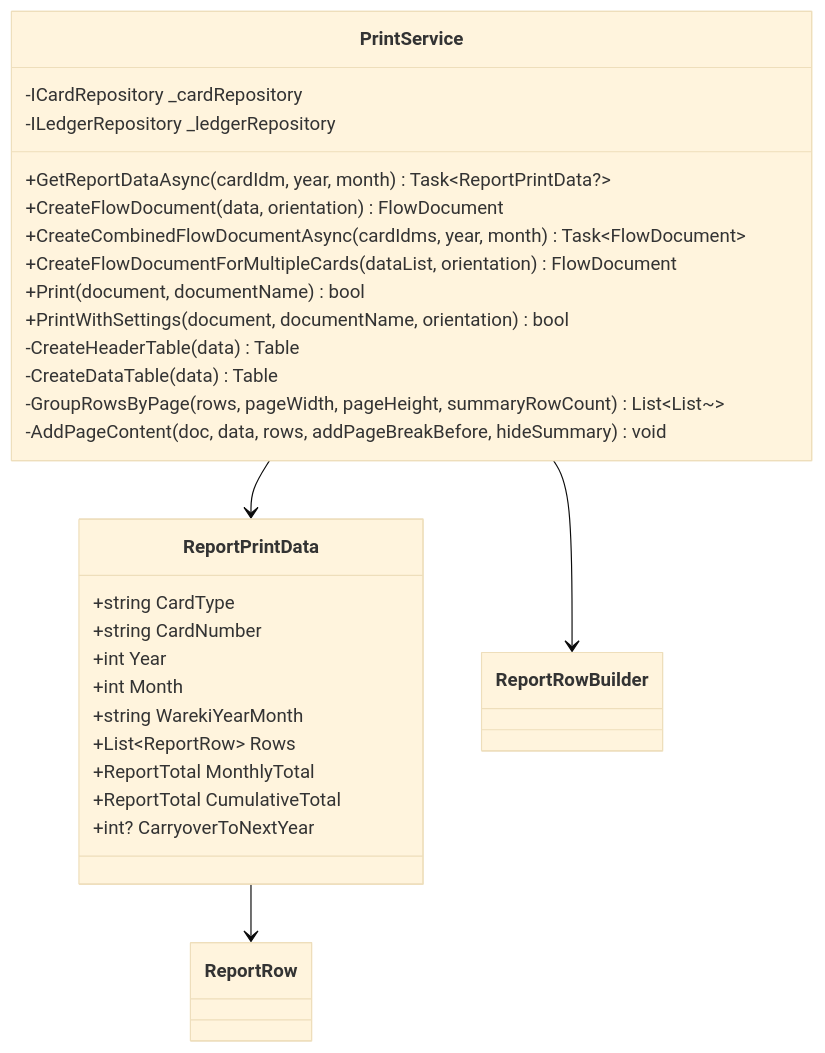
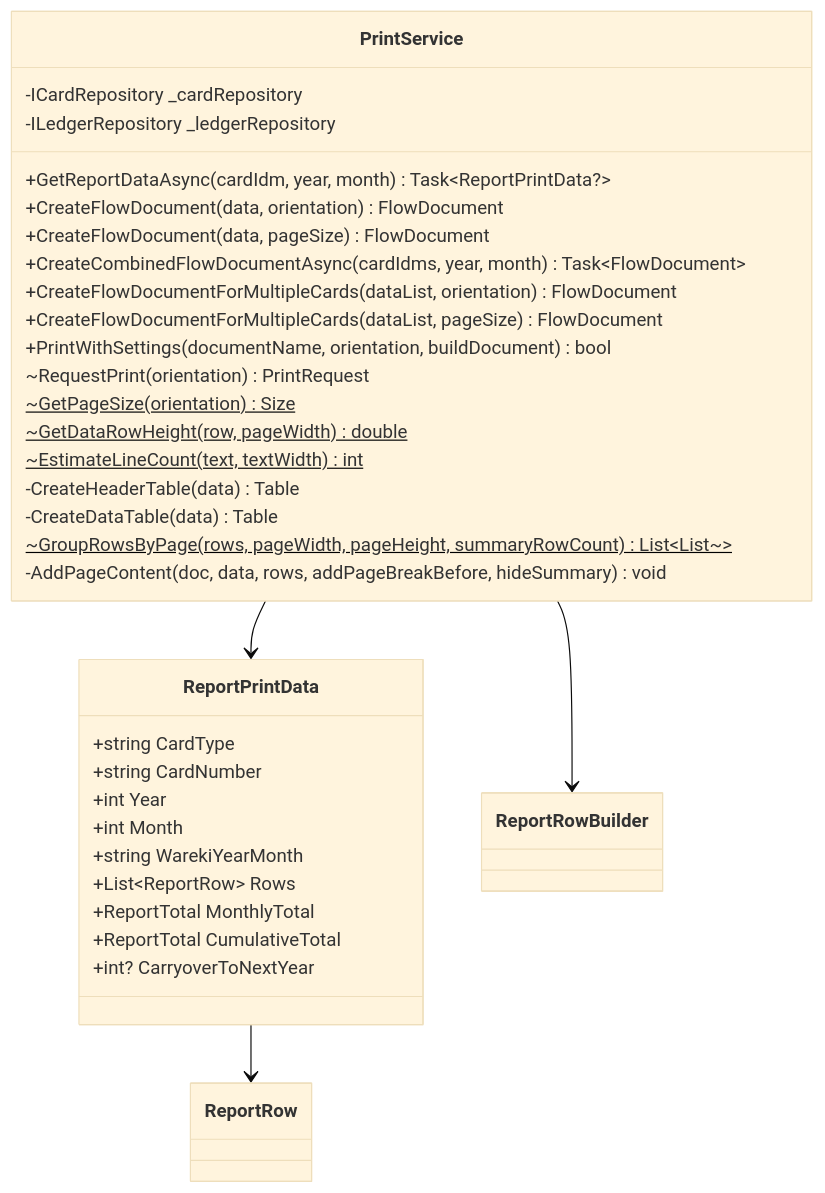
Diagram 14 of 52 in ICCardManager/docs/design/05_クラス設計書.md (kuwayamamasayuki/ICCardManager), drawn with Mermaid (base theme) before and after one commit. The commit also changed other lines of this file and 7 other files, not shown here.

````diff
--- a/ICCardManager/docs/design/05_クラス設計書.md
+++ b/ICCardManager/docs/design/05_クラス設計書.md
@@ -1294,33 +1294,38 @@
 ```mermaid
 classDiagram
     class PrintService {
         -ICardRepository _cardRepository
         -ILedgerRepository _ledgerRepository
         +GetReportDataAsync(cardIdm, year, month) Task~ReportPrintData?~
         +CreateFlowDocument(data, orientation) FlowDocument
+        +CreateFlowDocument(data, pageSize) FlowDocument
         +CreateCombinedFlowDocumentAsync(cardIdms, year, month) Task~FlowDocument~
         +CreateFlowDocumentForMultipleCards(dataList, orientation) FlowDocument
-        +Print(document, documentName) bool
-        +PrintWithSettings(document, documentName, orientation) bool
+        +CreateFlowDocumentForMultipleCards(dataList, pageSize) FlowDocument
+        +PrintWithSettings(documentName, orientation, buildDocument) bool
+        ~RequestPrint(orientation) PrintRequest
+        ~GetPageSize(orientation)$ Size
+        ~GetDataRowHeight(row, pageWidth)$ double
+        ~EstimateLineCount(text, textWidth)$ int
         -CreateHeaderTable(data) Table
         -CreateDataTable(data) Table
-        -GroupRowsByPage(rows, pageWidth, pageHeight, summaryRowCount) List~List~~
+        ~GroupRowsByPage(rows, pageWidth, pageHeight, summaryRowCount)$ List~List~~
         -AddPageContent(doc, data, rows, addPageBreakBefore, hideSummary) void
     }
 
     class ReportPrintData {
         +string CardType
         +string CardNumber
         +int Year
         +int Month
         +string WarekiYearMonth
         +List~ReportRow~ Rows
         +ReportTotal MonthlyTotal
         +ReportTotal CumulativeTotal
         +int? CarryoverToNextYear
     }
 
     PrintService --> ReportPrintData
     PrintService --> ReportRowBuilder
     ReportPrintData --> ReportRow
 ```
````
